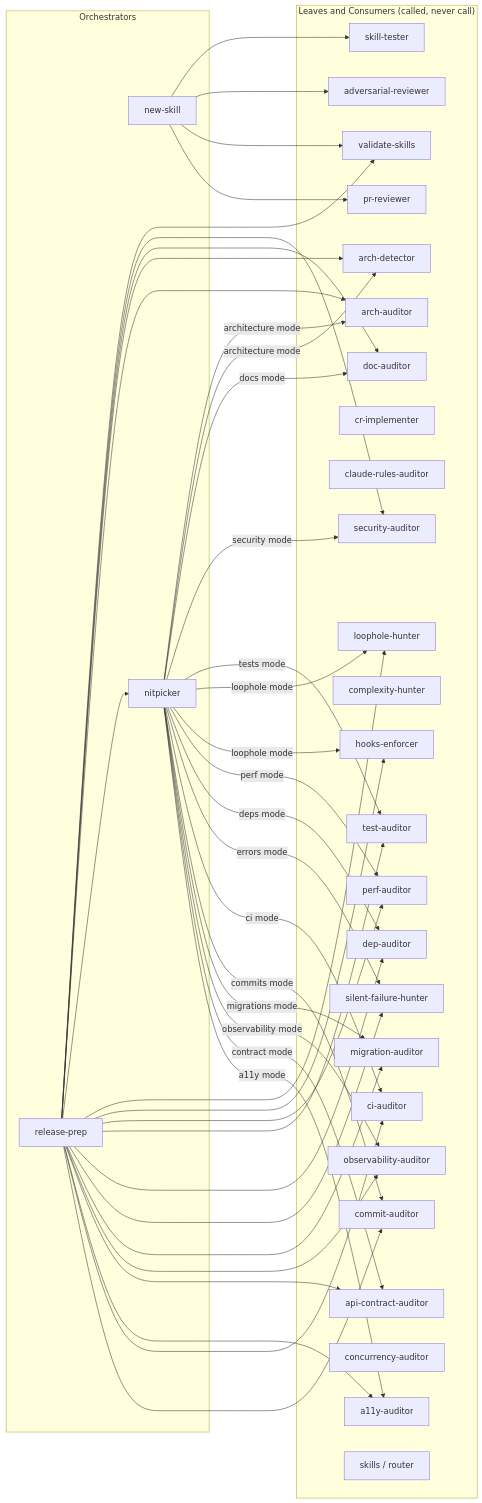
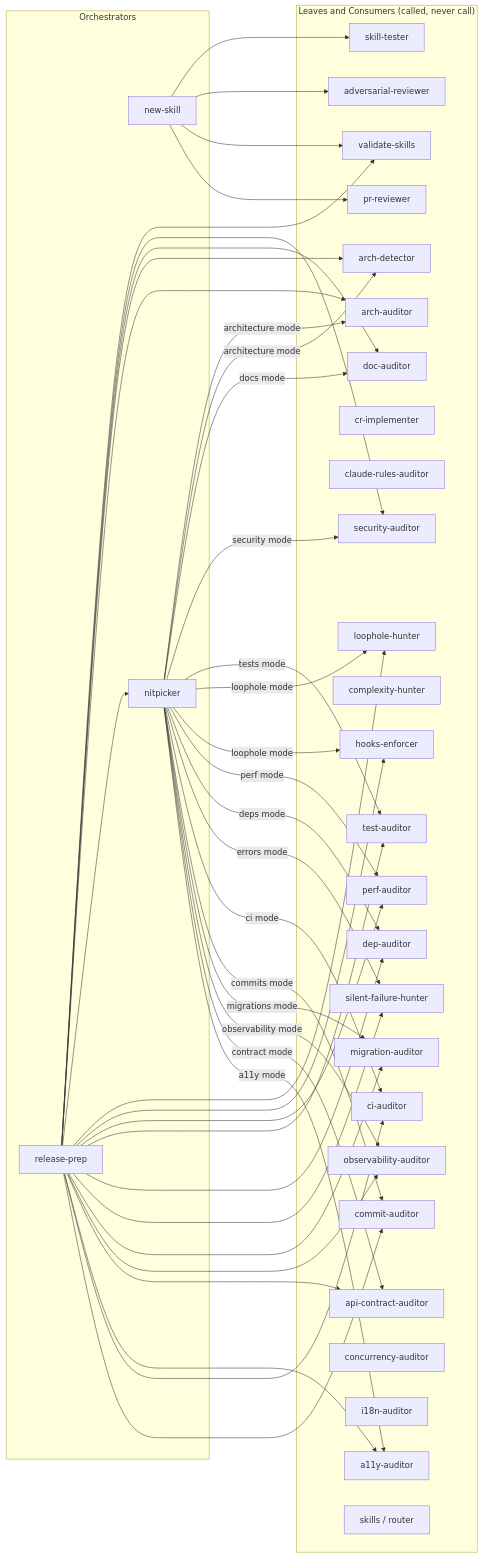
One commit to ivuorinen/skills changed the sixth of 6 diagrams in .claude/skills/README.md. Above: the diagram before and after it, drawn with Mermaid. The commit also changed other lines of this file and 9 other files, not shown here.

````diff
--- a/.claude/skills/README.md
+++ b/.claude/skills/README.md
@@ -425,77 +435,78 @@
 ```mermaid
 graph LR
     subgraph orchestrators["Orchestrators"]
         NS[new-skill]
         RP[release-prep]
         NP[nitpicker]
     end
 
     subgraph leaves["Leaves and Consumers (called, never call)"]
         AR[adversarial-reviewer]
         VS[validate-skills]
         AD[arch-detector]
         AA[arch-auditor]
         DA[doc-auditor]
         PR[pr-reviewer]
         SA[security-auditor]
         CRI[cr-implementer]
         CRA[claude-rules-auditor]
         LH[loophole-hunter]
         HE[hooks-enforcer]
         CH[complexity-hunter]
         PA[perf-auditor]
         TA[test-auditor]
         DEP[dep-auditor]
         SFH[silent-failure-hunter]
         CIA[ci-auditor]
         CMA[commit-auditor]
         MA[migration-auditor]
         OBA[observability-auditor]
         ACA[api-contract-auditor]
         AY[a11y-auditor]
         CC[concurrency-auditor]
+        I18[i18n-auditor]
         ST[skill-tester]
         SK[skills / router]
     end
 
     NS --> ST
     NS --> AR
     NS --> VS
     NS --> PR
 
     RP --> VS
     RP --> SA
     RP --> DA
     RP --> AD
     RP --> AA
     RP --> NP
     RP --> LH
     RP --> HE
     RP --> PA
     RP --> TA
     RP --> DEP
     RP --> SFH
     RP --> MA
     RP --> OBA
     RP --> ACA
     RP --> AY
     RP --> CIA
     RP --> CMA
 
     NP -->|architecture mode| AA
     NP -->|architecture mode| AD
     NP -->|docs mode| DA
     NP -->|security mode| SA
     NP -->|tests mode| TA
     NP -->|loophole mode| LH
     NP -->|loophole mode| HE
     NP -->|perf mode| PA
     NP -->|deps mode| DEP
     NP -->|errors mode| SFH
     NP -->|ci mode| CIA
     NP -->|commits mode| CMA
     NP -->|migrations mode| MA
     NP -->|observability mode| OBA
     NP -->|contract mode| ACA
     NP -->|a11y mode| AY
 ```
````
